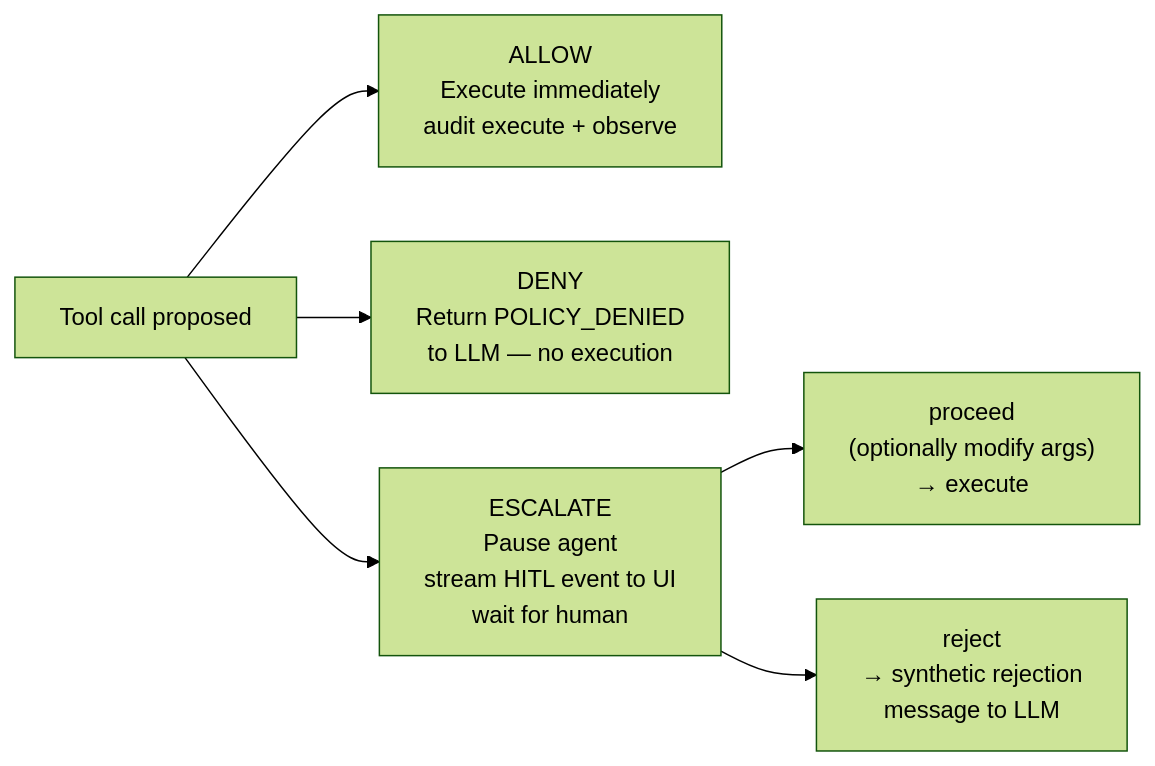
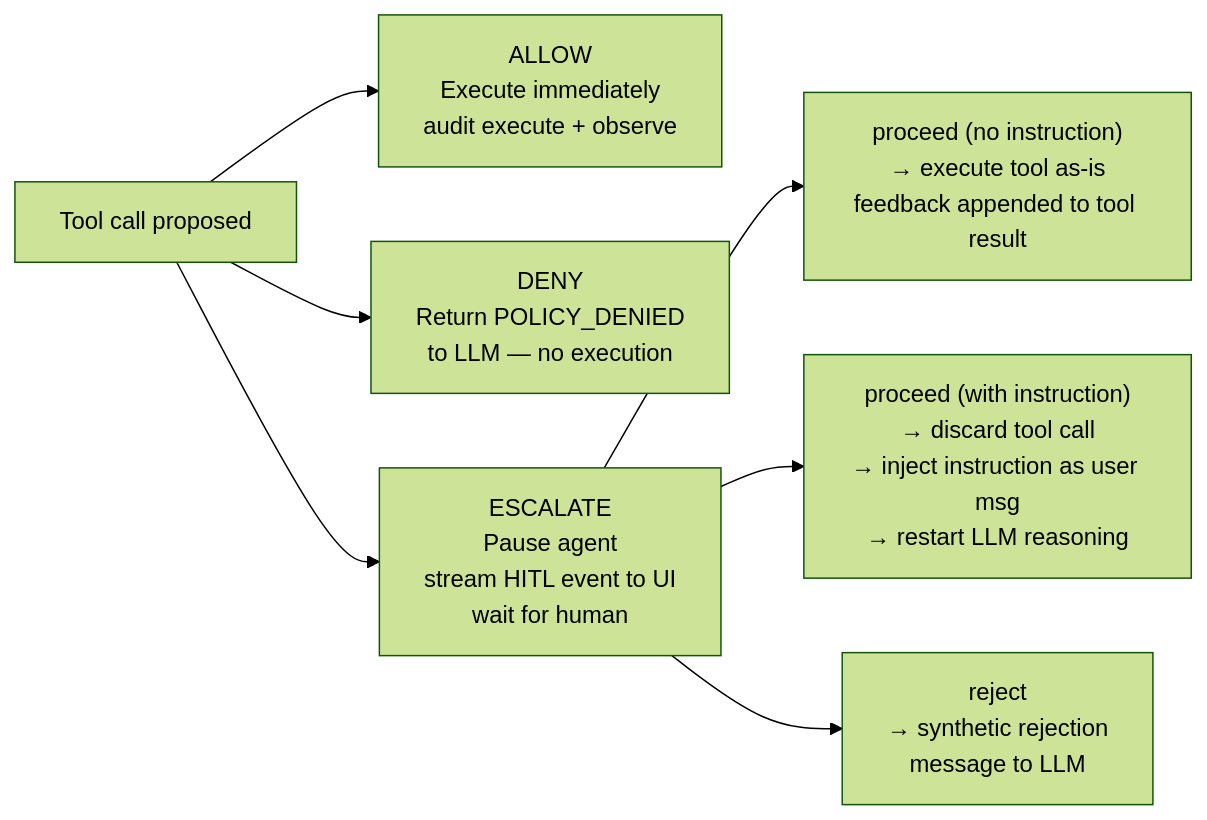
The second of 21 diagrams in hackathon/governance-design.md (FlowiseAI/Flowise), drawn with Mermaid (forest theme) before and after one commit. The commit also changed other lines of this file and 1 other file, not shown here.

First line of the commit message:
feat(governance): refactor HITL proceed path to support redirect instructions

````diff
--- a/hackathon/governance-design.md
+++ b/hackathon/governance-design.md
@@ -68,15 +68,17 @@
 ```mermaid
 flowchart LR
     Propose["Tool call proposed"]
     Allow["ALLOW\nExecute immediately\naudit execute + observe"]
     Deny["DENY\nReturn POLICY_DENIED\nto LLM — no execution"]
     Escalate["ESCALATE\nPause agent\nstream HITL event to UI\nwait for human"]
-    Proceed["proceed\n(optionally modify args)\n→ execute"]
+    ProceedApprove["proceed (no instruction)\n→ execute tool as-is\nfeedback appended to tool result"]
+    ProceedRedirect["proceed (with instruction)\n→ discard tool call\n→ inject instruction as user msg\n→ restart LLM reasoning"]
     Reject["reject\n→ synthetic rejection\nmessage to LLM"]
 
     Propose --> Allow
     Propose --> Deny
     Propose --> Escalate
-    Escalate --> Proceed
+    Escalate --> ProceedApprove
+    Escalate --> ProceedRedirect
     Escalate --> Reject
 ```
````
